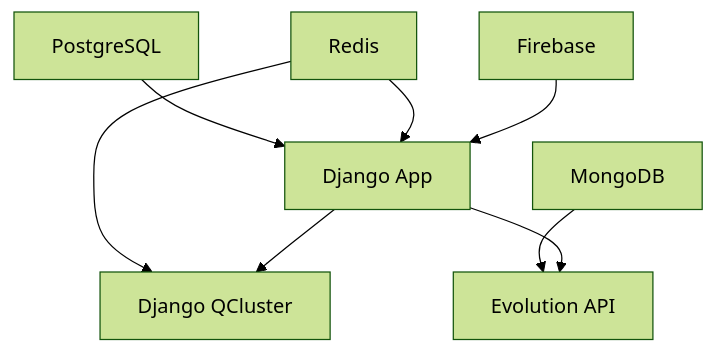
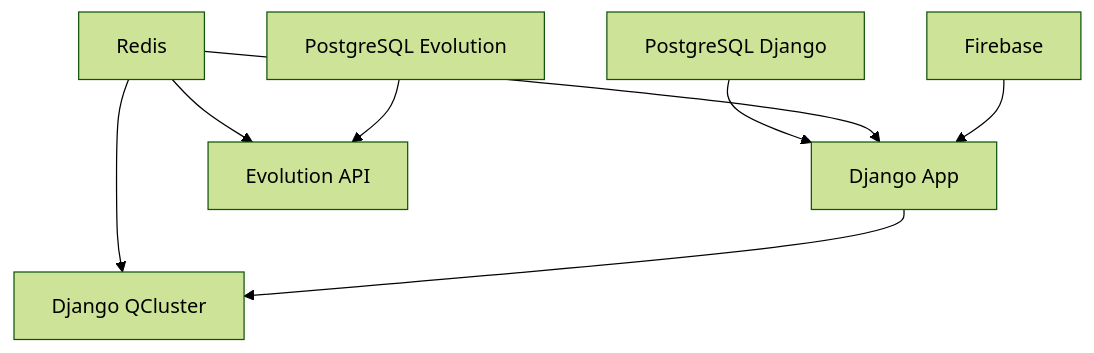
One commit to pwlimaverde/smart-core-assistant-painel changed the diagram in ambiente_docker/README-Docker.md. Above: the diagram before and after it, drawn with Mermaid (forest theme). The commit also changed other lines of this file and 2 other files, not shown here.

First line of the commit message:
docs(docker): atualizar documentação para arquitetura PostgreSQL+Redis

````diff
--- a/ambiente_docker/README-Docker.md
+++ b/ambiente_docker/README-Docker.md
@@ -246,10 +251,10 @@
 ```mermaid
 graph TD
-    A[PostgreSQL] --> D[Django App]
+    A[PostgreSQL Django] --> D[Django App]
     B[Redis] --> D
     B --> E[Django QCluster]
-    C[MongoDB] --> F[Evolution API]
+    B --> F[Evolution API]
+    C[PostgreSQL Evolution] --> F
     D --> E
-    D --> F
     G[Firebase] --> D
 ```
````
